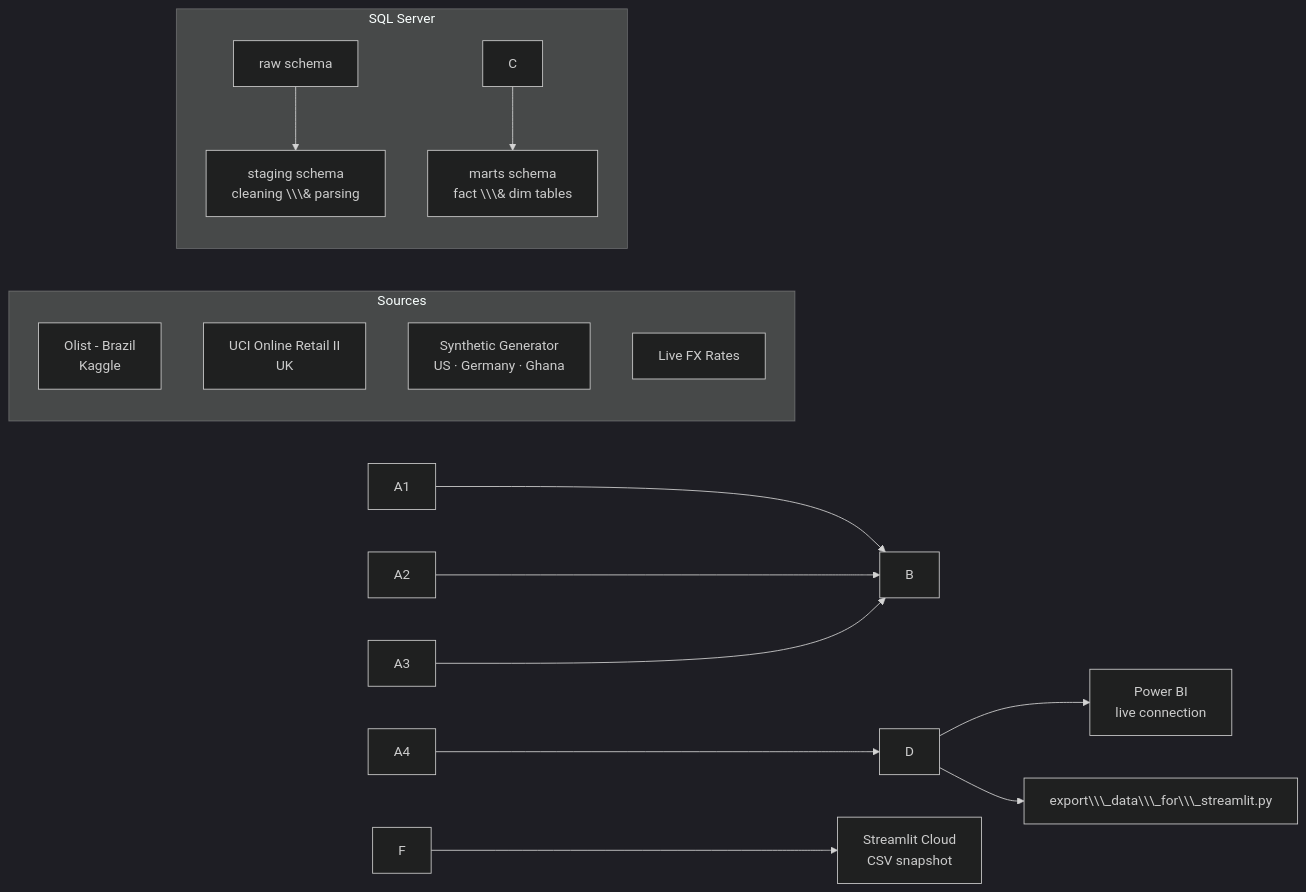
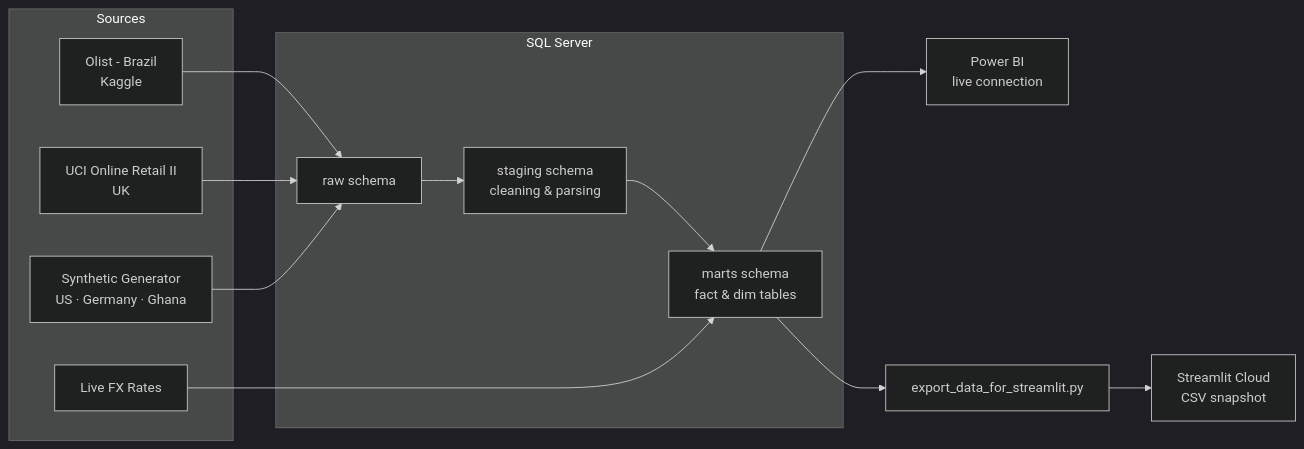
One commit to Richardsante1/meridian changed the second of 2 diagrams in README.md. Above: the diagram before and after it, drawn with Mermaid (dark theme). The commit also changed other lines of this file, not shown here.

````diff
--- a/README.md
+++ b/README.md
@@ -148,23 +179,23 @@
 ```mermaid
 flowchart LR
     subgraph Sources
-        A1\\\[Olist - Brazil<br/>Kaggle]
-        A2\\\[UCI Online Retail II<br/>UK]
-        A3\\\[Synthetic Generator<br/>US · Germany · Ghana]
-        A4\\\[Live FX Rates]
+        A1[Olist - Brazil<br/>Kaggle]
+        A2[UCI Online Retail II<br/>UK]
+        A3[Synthetic Generator<br/>US · Germany · Ghana]
+        A4[Live FX Rates]
     end
 
     subgraph SQL Server
-        B\\\[raw schema] --> C\\\[staging schema<br/>cleaning \\\& parsing]
-        C --> D\\\[marts schema<br/>fact \\\& dim tables]
+        B[raw schema] --> C[staging schema<br/>cleaning & parsing]
+        C --> D[marts schema<br/>fact & dim tables]
     end
 
     A1 --> B
     A2 --> B
     A3 --> B
     A4 --> D
 
-    D --> E\\\[Power BI<br/>live connection]
-    D --> F\\\[export\\\_data\\\_for\\\_streamlit.py]
-    F --> G\\\[Streamlit Cloud<br/>CSV snapshot]
+    D --> E[Power BI<br/>live connection]
+    D --> F[export_data_for_streamlit.py]
+    F --> G[Streamlit Cloud<br/>CSV snapshot]
 ```
````
